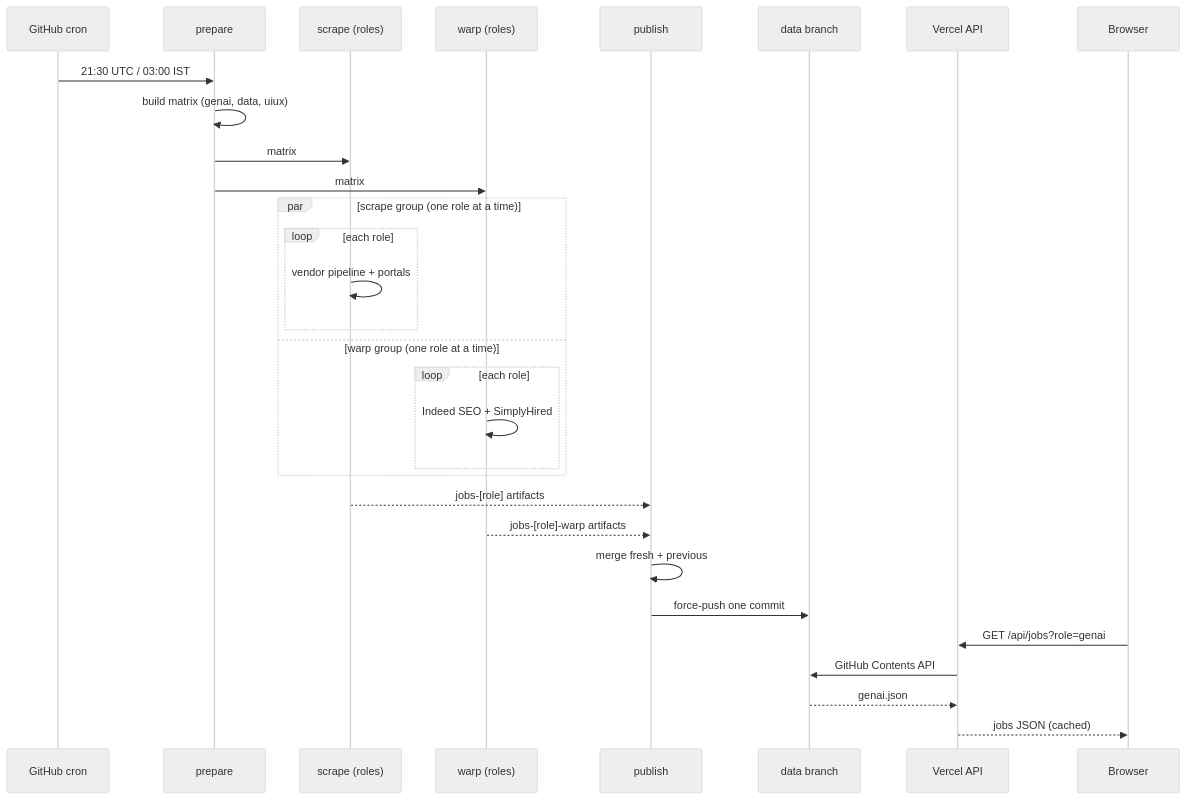
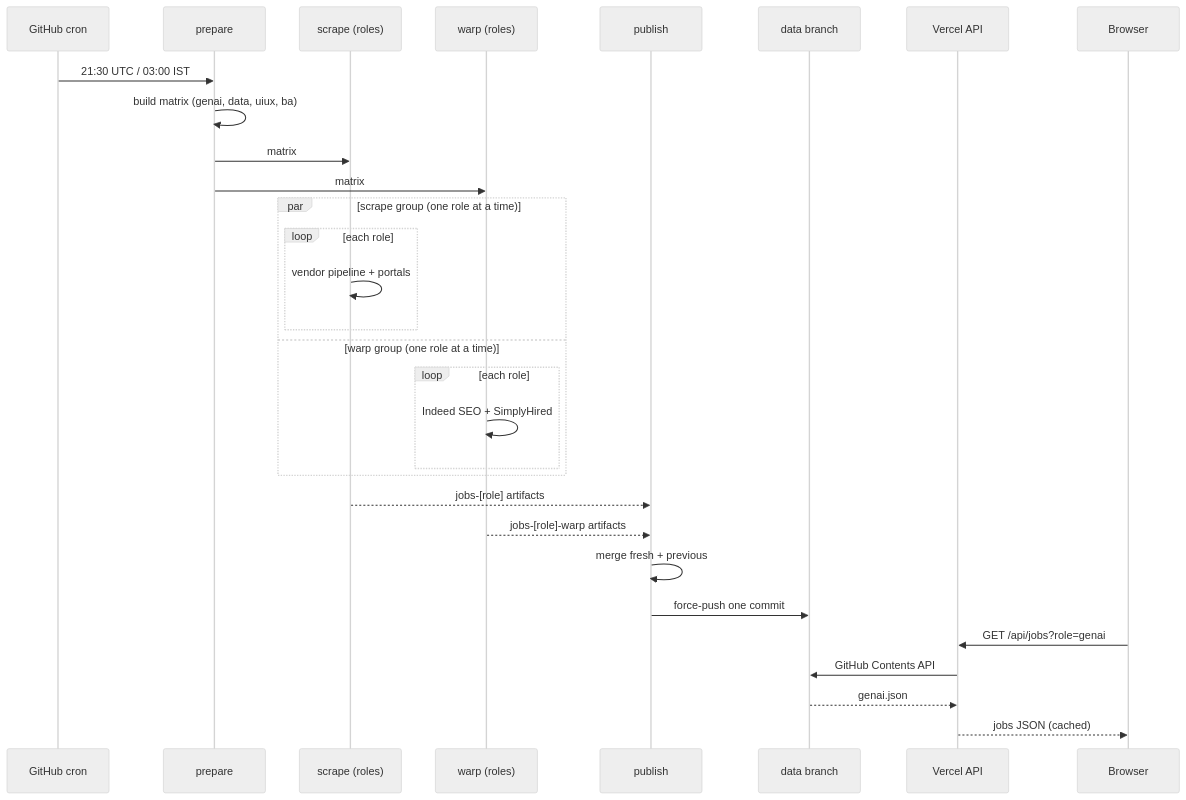
The second of 3 diagrams in docs/ARCHITECTURE.md (Dilip457/jobhunt-hub), drawn with Mermaid (neutral theme) before and after one commit. The commit also changed other lines of this file and 27 other files, not shown here.

````diff
--- a/docs/ARCHITECTURE.md
+++ b/docs/ARCHITECTURE.md
@@ -278,35 +303,35 @@
 ```mermaid
 sequenceDiagram
     participant Cron as GitHub cron
     participant Prep as prepare
     participant Scrape as scrape (roles)
     participant Warp as warp (roles)
     participant Pub as publish
     participant Data as data branch
     participant Vercel as Vercel API
     participant User as Browser
 
     Cron->>Prep: 21:30 UTC / 03:00 IST
-    Prep->>Prep: build matrix (genai, data, uiux)
+    Prep->>Prep: build matrix (genai, data, uiux, ba)
     Prep->>Scrape: matrix
     Prep->>Warp: matrix
 
     par scrape group (one role at a time)
         loop each role
             Scrape->>Scrape: vendor pipeline + portals
         end
     and warp group (one role at a time)
         loop each role
             Warp->>Warp: Indeed SEO + SimplyHired
         end
     end
 
     Scrape-->>Pub: jobs-[role] artifacts
     Warp-->>Pub: jobs-[role]-warp artifacts
     Pub->>Pub: merge fresh + previous
     Pub->>Data: force-push one commit
     User->>Vercel: GET /api/jobs?role=genai
     Vercel->>Data: GitHub Contents API
     Data-->>Vercel: genai.json
     Vercel-->>User: jobs JSON (cached)
 ```
````
